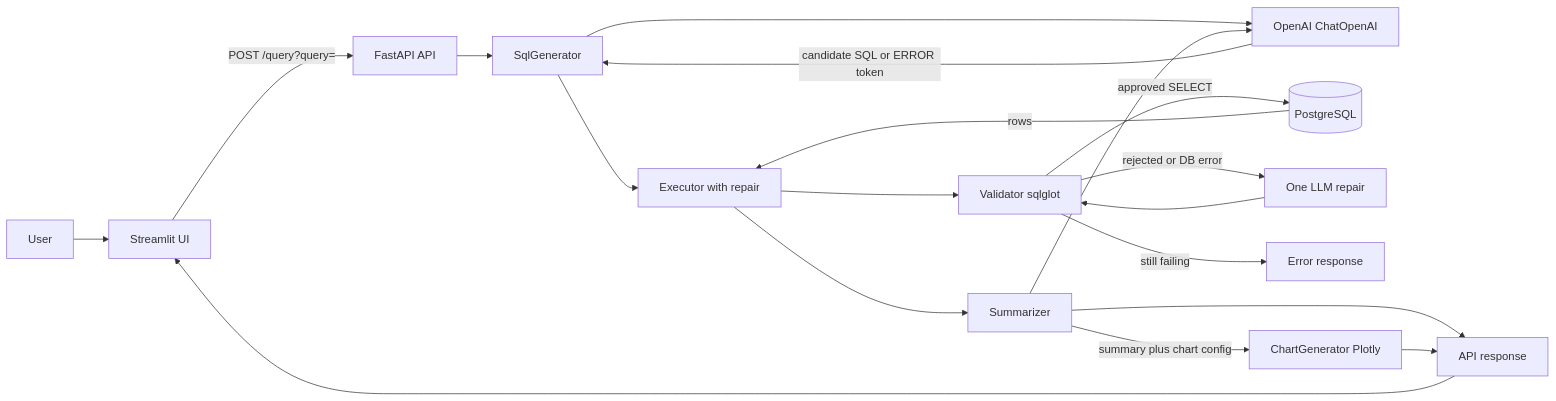
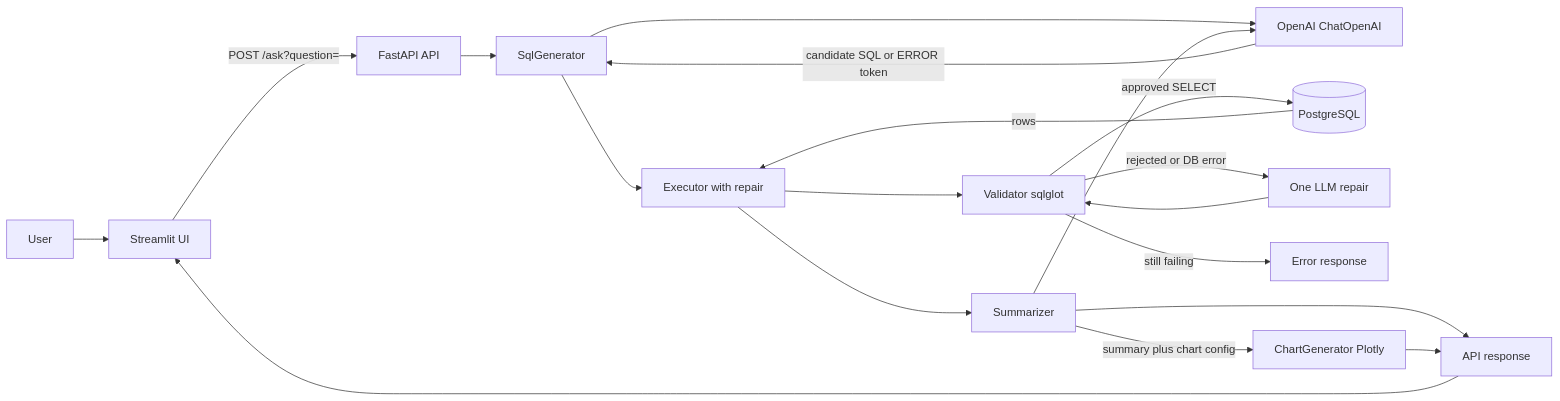
One commit to solomonmulatu/talk-to-data-sql-assistant changed the diagram in docs/DESIGN.MD. Above: the diagram before and after it, drawn with Mermaid. The commit also changed other lines of this file and 4 other files, not shown here.

Commit message:
refactor: rename /query to /ask and update clients and docs

````diff
--- a/docs/DESIGN.MD
+++ b/docs/DESIGN.MD
@@ -13,23 +13,23 @@
 ```mermaid
 flowchart LR
     User[User] --> UI[Streamlit UI]
-    UI -->|"POST /query?query="| API[FastAPI API]
+    UI -->|"POST /ask?question="| API[FastAPI API]
 
     API --> Gen[SqlGenerator]
     Gen --> Model[OpenAI ChatOpenAI]
     Model -->|candidate SQL or ERROR token| Gen
     Gen --> Exec[Executor with repair]
     Exec --> Val[Validator sqlglot]
     Val -->|approved SELECT| DB[(PostgreSQL)]
     Val -->|rejected or DB error| Repair[One LLM repair]
     Repair --> Val
     Val -->|still failing| Err[Error response]
     DB -->|rows| Exec
 
     Exec --> Sum[Summarizer]
     Sum --> Model
     Sum -->|summary plus chart config| Charts[ChartGenerator Plotly]
     Sum --> Resp[API response]
     Charts --> Resp
     Resp --> UI
 ```
````
